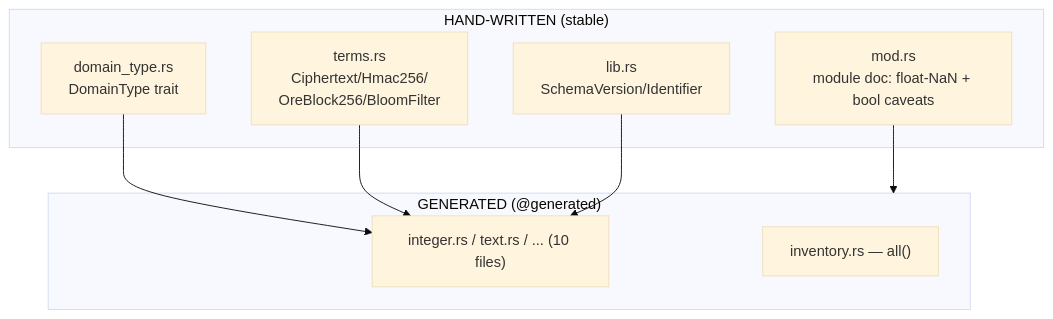
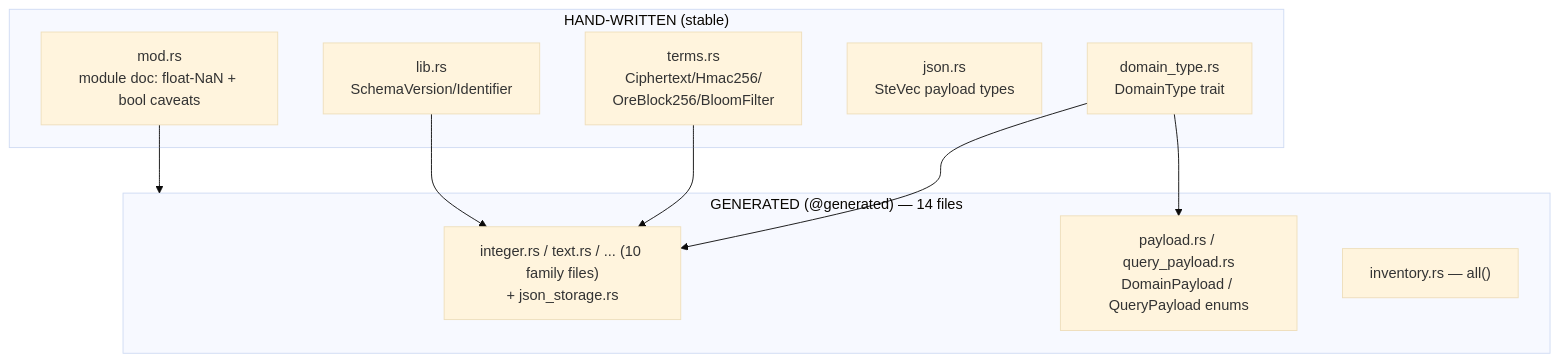
One commit to cipherstash/encrypt-query-language changed the eighth of 15 diagrams in docs/reference/catalog-driven-architecture.md. Above: the diagram before and after it, drawn with Mermaid (base theme). The commit also changed other lines of this file and 15 other files, not shown here.

````diff
--- a/docs/reference/catalog-driven-architecture.md
+++ b/docs/reference/catalog-driven-architecture.md
@@ -385,17 +405,20 @@
 ```mermaid
 flowchart TD
     subgraph hand["HAND-WRITTEN (stable)"]
         MOD["mod.rs<br/>module doc: float-NaN + bool caveats"]
         DT["domain_type.rs<br/>DomainType trait"]
         TR["terms.rs<br/>Ciphertext/Hmac256/<br/>OreBlock256/BloomFilter"]
+        JSRS["json.rs<br/>SteVec payload types"]
         LIB["lib.rs<br/>SchemaVersion/Identifier"]
     end
-    subgraph gen["GENERATED (@generated)"]
-        I4["integer.rs / text.rs / ... (10 files)"]
+    subgraph gen["GENERATED (@generated) — 14 files"]
+        I4["integer.rs / text.rs / ... (10 family files)<br/>+ json_storage.rs"]
+        PAY["payload.rs / query_payload.rs<br/>DomainPayload / QueryPayload enums"]
         INV["inventory.rs — all()"]
     end
     DT --> I4
+    DT --> PAY
     TR --> I4
     LIB --> I4
     MOD --> gen
 ```
````
